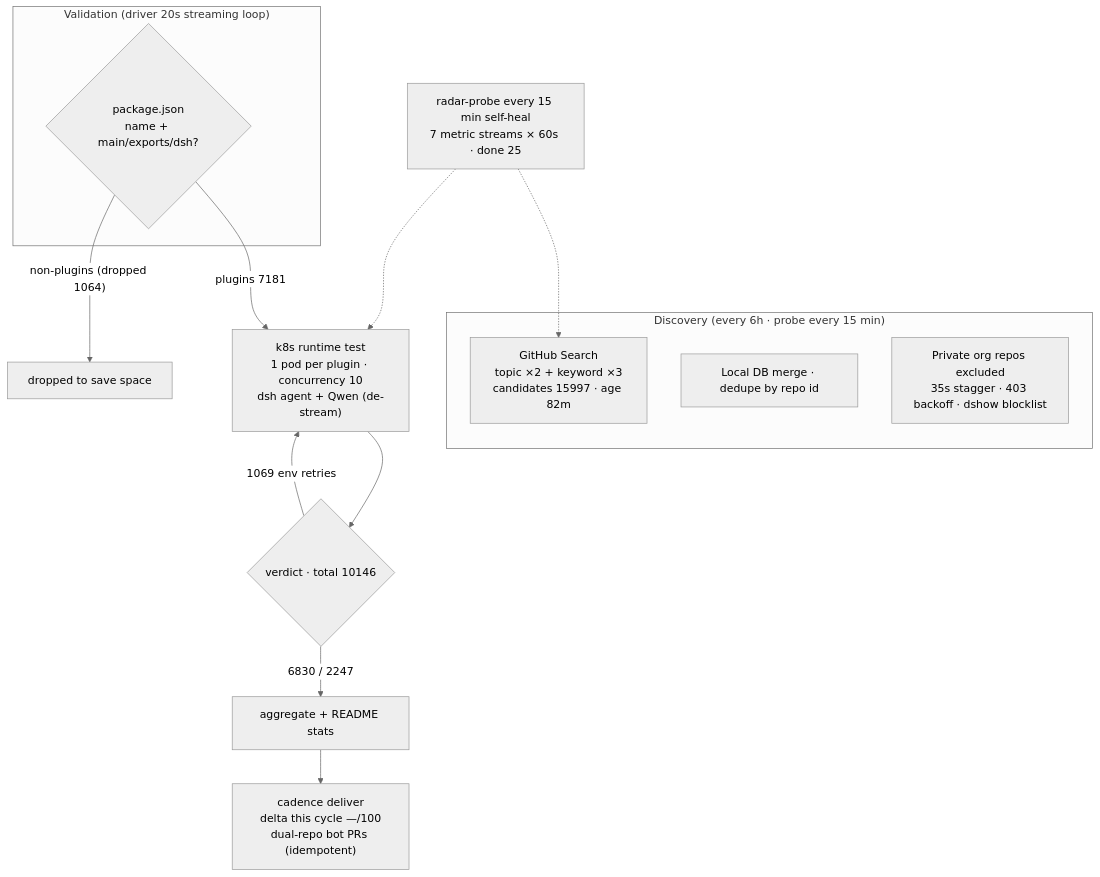
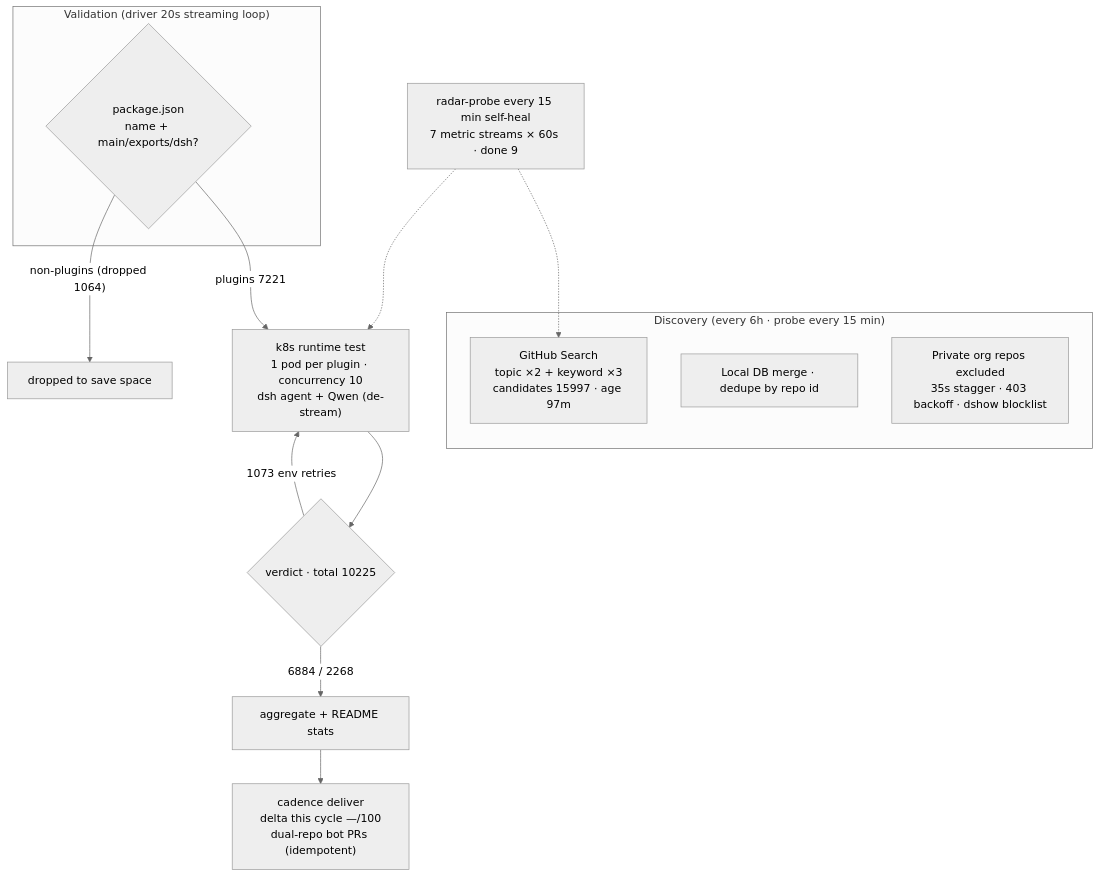
The diagram in README.en-US.md (AdamPlatin123/awesome-dsh-plugins), drawn with Mermaid (neutral theme) before and after one commit. The commit also changed other lines of this file and 4 other files, not shown here.

````diff
--- a/README.en-US.md
+++ b/README.en-US.md
@@ -45,20 +45,20 @@
 ```mermaid
 flowchart TB
     subgraph Discovery["Discovery (every 6h · probe every 15 min)"]
-        A1["GitHub Search<br/>topic ×2 + keyword ×3<br/>candidates 15997 · age 82m"]
+        A1["GitHub Search<br/>topic ×2 + keyword ×3<br/>candidates 15997 · age 97m"]
         A2["Local DB merge · dedupe by repo id"]
         A3["Private org repos excluded<br/>35s stagger · 403 backoff · dshow blocklist"]
     end
     subgraph Validation["Validation (driver 20s streaming loop)"]
         B1{"package.json<br/>name + main/exports/dsh?"}
     end
-    B1 -->|"plugins 7181"| C1["k8s runtime test<br/>1 pod per plugin · concurrency 10<br/>dsh agent + Qwen (de-stream)"]
+    B1 -->|"plugins 7221"| C1["k8s runtime test<br/>1 pod per plugin · concurrency 10<br/>dsh agent + Qwen (de-stream)"]
     B1 -->|"non-plugins (dropped 1064)"| B3["dropped to save space"]
-    C1 --> D1{"verdict · total 10146"}
-    D1 -->|"6830 / 2247"| E1["aggregate + README stats"]
-    D1 -->|"1069 env retries"| C1
+    C1 --> D1{"verdict · total 10225"}
+    D1 -->|"6884 / 2268"| E1["aggregate + README stats"]
+    D1 -->|"1073 env retries"| C1
     E1 --> E2["cadence deliver<br/>delta this cycle —/100<br/>dual-repo bot PRs (idempotent)"]
-    M["radar-probe every 15 min self-heal<br/>7 metric streams × 60s · done 25"]
+    M["radar-probe every 15 min self-heal<br/>7 metric streams × 60s · done 9"]
     M -.-> A1
     M -.-> C1
 ```
````
